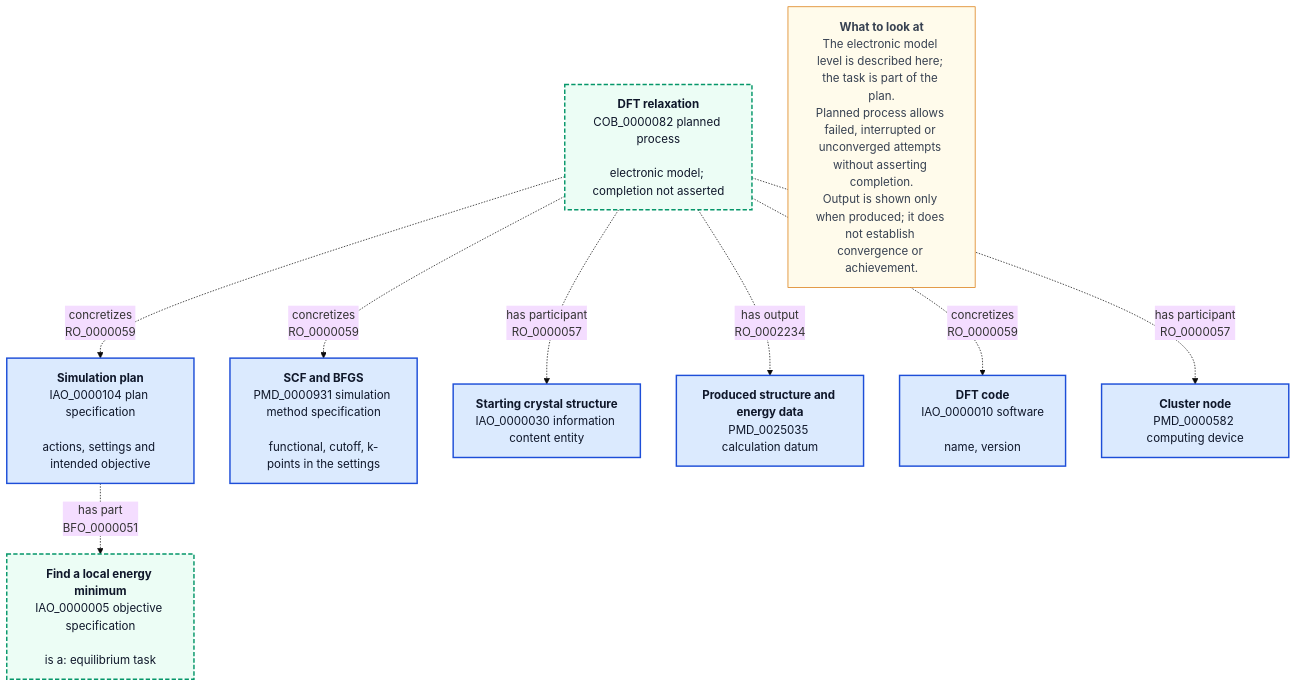
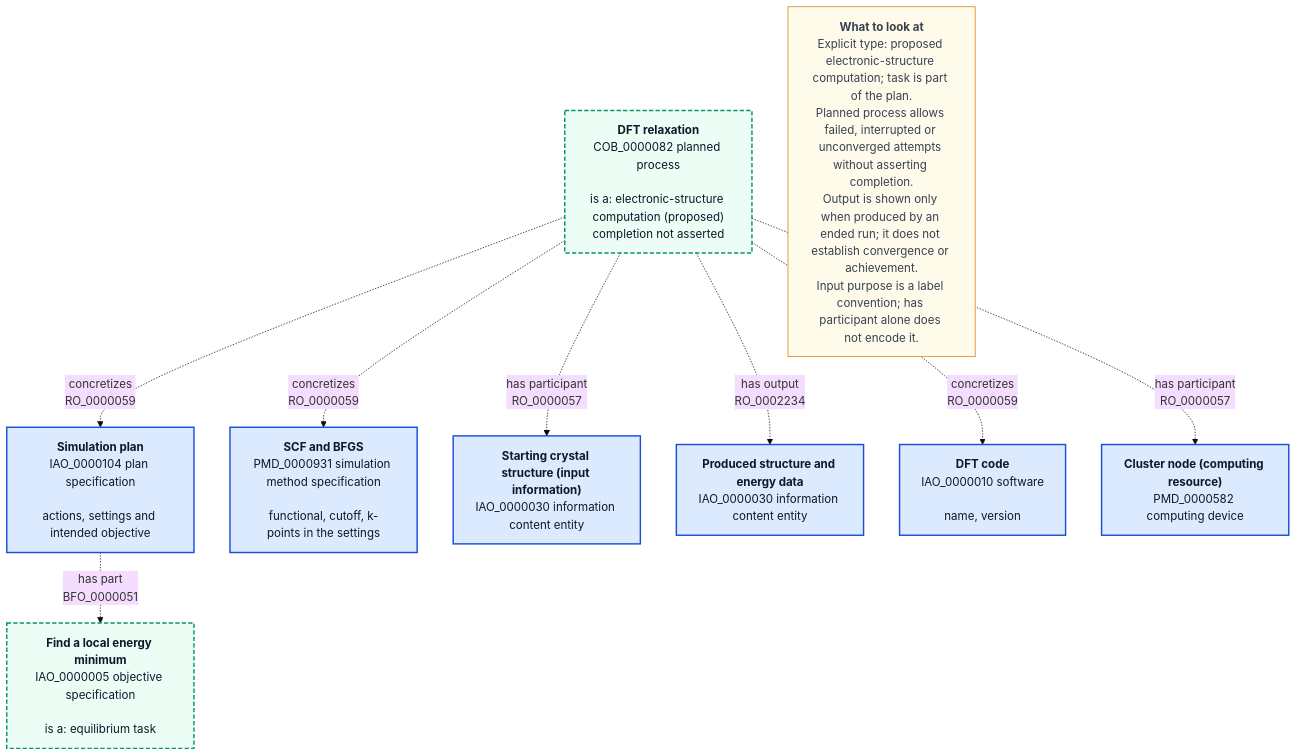
One commit to BAMresearch/mermantics changed the diagram in web/options/c-model-level/dft.mmd. Above: the diagram before and after it, drawn with Mermaid (base theme). The commit also changed 5 other files, not shown here.

Commit message:
fix(web): restore Option C model-level classification without implying completion

```diff
--- a/web/options/c-model-level/dft.mmd
+++ b/web/options/c-model-level/dft.mmd
@@ -1,28 +1,28 @@
 flowchart TB
 
 %% Option C. One axis, model level: DFT geometry optimization
 %% Materials science: a DFT geometry optimization (relaxation) of a crystal structure.
 
-    Relaxation["<b>DFT relaxation</b><br>COB_0000082 planned process<br><br>electronic model; completion not asserted"]:::proposed
+    Relaxation["<b>DFT relaxation</b><br>COB_0000082 planned process<br><br>is a: electronic-structure computation (proposed)<br>completion not asserted"]:::proposed
     Spec["<b>Simulation plan</b><br>IAO_0000104 plan specification<br><br>actions, settings and intended objective"]:::local
     Task["<b>Find a local energy minimum</b><br>IAO_0000005 objective specification<br><br>is a: equilibrium task"]:::proposed
     Solver["<b>SCF and BFGS</b><br>PMD_0000931 simulation method specification<br><br>functional, cutoff, k-points in the settings"]:::local
-    Structure["<b>Starting crystal structure</b><br>IAO_0000030 information content entity"]:::local
-    Relaxed["<b>Produced structure and energy data</b><br>PMD_0025035 calculation datum"]:::local
+    Structure["<b>Starting crystal structure (input information)</b><br>IAO_0000030 information content entity"]:::local
+    Relaxed["<b>Produced structure and energy data</b><br>IAO_0000030 information content entity"]:::local
     Code["<b>DFT code</b><br>IAO_0000010 software<br><br>name, version"]:::local
-    Node["<b>Cluster node</b><br>PMD_0000582 computing device"]:::local
-    Note["<b>What to look at</b><br>The electronic model level is described here; the task is part of the plan.<br>Planned process allows failed, interrupted or unconverged attempts without asserting completion.<br>Output is shown only when produced; it does not establish convergence or achievement."]:::note
+    Node["<b>Cluster node (computing resource)</b><br>PMD_0000582 computing device"]:::local
+    Note["<b>What to look at</b><br>Explicit type: proposed electronic-structure computation; task is part of the plan.<br>Planned process allows failed, interrupted or unconverged attempts without asserting completion.<br>Output is shown only when produced by an ended run; it does not establish convergence or achievement.<br>Input purpose is a label convention; has participant alone does not encode it."]:::note
 
     Relaxation -. "concretizes<br>RO_0000059" .-> Spec
     Spec -. "has part<br>BFO_0000051" .-> Task
     Relaxation -. "concretizes<br>RO_0000059" .-> Solver
     Relaxation -. "has participant<br>RO_0000057" .-> Structure
     Relaxation -. "has output<br>RO_0002234" .-> Relaxed
     Relaxation -. "concretizes<br>RO_0000059" .-> Code
     Relaxation -. "has participant<br>RO_0000057" .-> Node
 
     classDef local fill:#dbeafe,stroke:#1d4ed8,stroke-width:2px,color:#0f172a
     classDef note fill:#fffbeb,stroke:#d97706,color:#374151
     classDef proposed fill:#ecfdf5,stroke:#059669,stroke-width:2px,stroke-dasharray:6 3,color:#0f172a
 
 %% mermantics-kinds {"Spec":"plan","Relaxation":"process","Task":"plan","Solver":"plan","Structure":"information","Relaxed":"data","Code":"software","Node":"device"}
```
